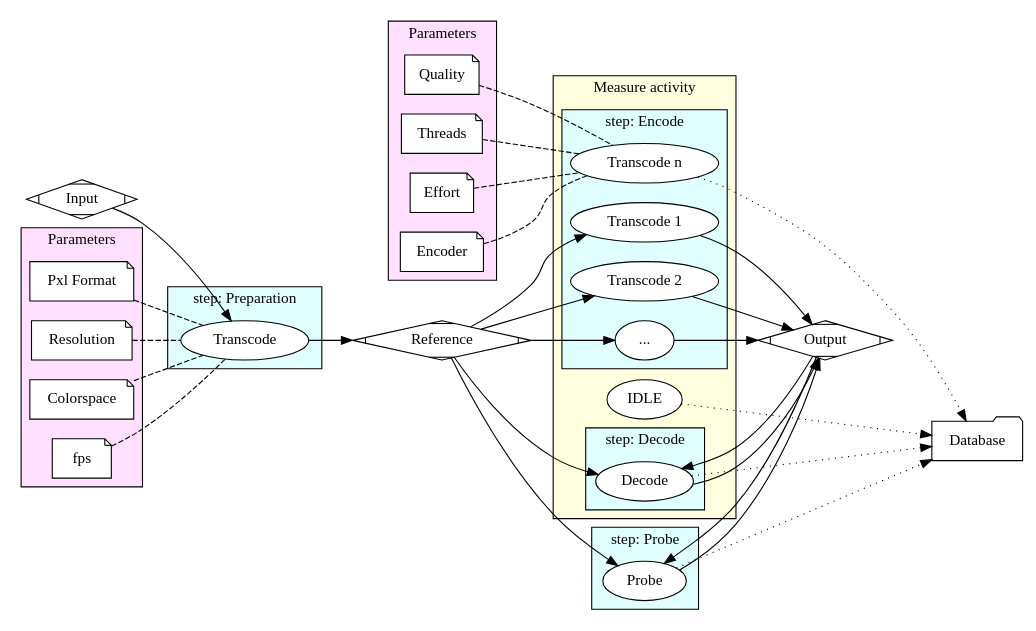
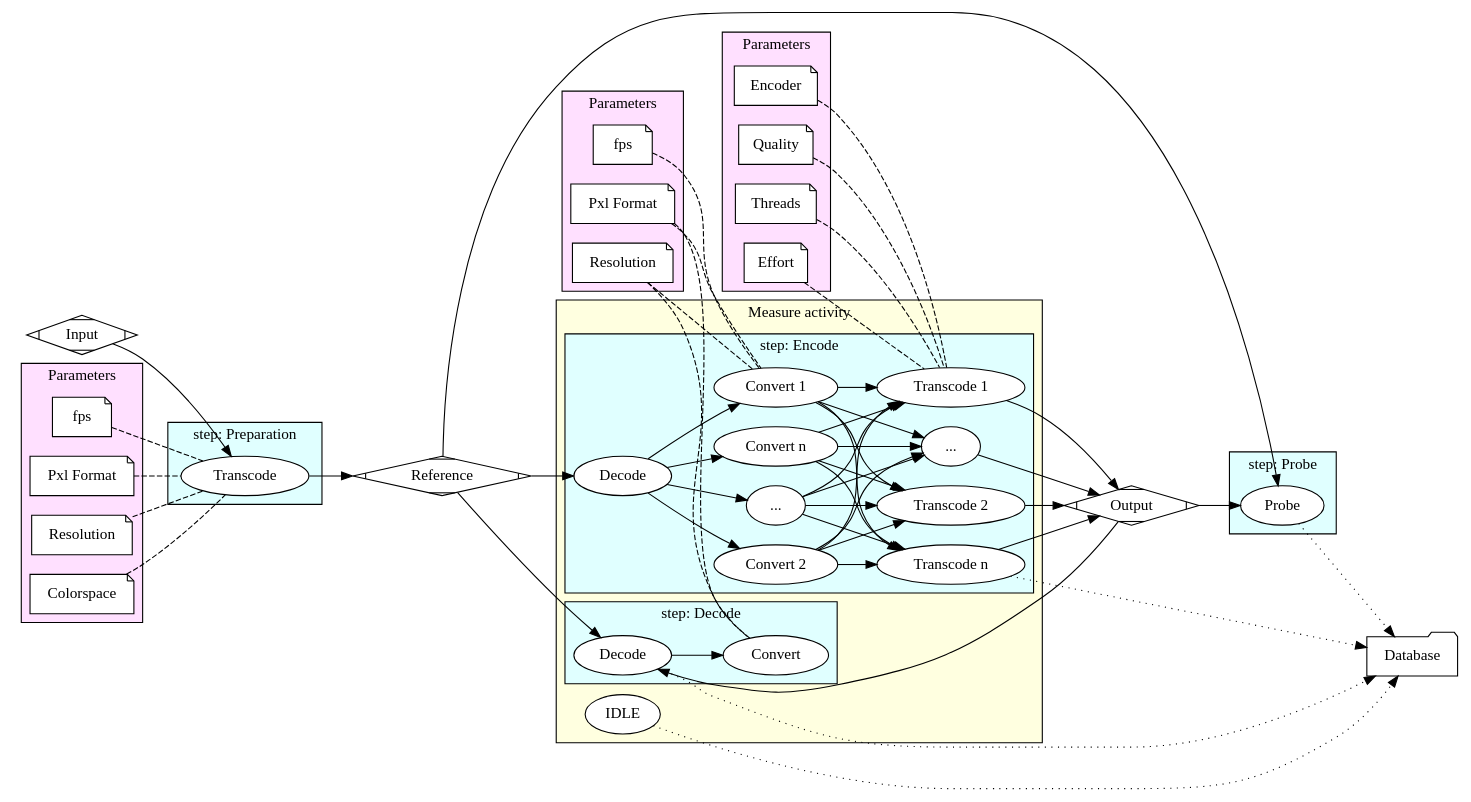
One commit to robinechuca/mendevi changed the diagram in docs/images/pipeline.dot. Above: the diagram before and after it, drawn with Graphviz. The commit also changed 7 other files, not shown here.

```diff
--- a/docs/images/pipeline.dot
+++ b/docs/images/pipeline.dot
@@ -1,93 +1,123 @@
 # dot -Tsvg pipeline.dot > pipeline.svg
 digraph pipeline {
     rankdir=LR
 
     # data
     src [label="Input", shape=Mdiamond, style=filled, fillcolor=white]
     ref [label="Reference", shape=Mdiamond, style=filled, fillcolor=white]
     dst [label="Output", shape=Mdiamond, style=filled, fillcolor=white]
 
     # parameters
-    colorspace [label="Colorspace", shape=note, style=filled, fillcolor=white]
-    fps [label="fps", shape=note, style=filled, fillcolor=white]
-    pxl [label="Pxl Format", shape=note, style=filled, fillcolor=white]
-    resol [label="Resolution", shape=note, style=filled, fillcolor=white]
+    p_colorspace [label="Colorspace", shape=note, style=filled, fillcolor=white]
+    p_fps [label="fps", shape=note, style=filled, fillcolor=white]
+    p_pxl [label="Pxl Format", shape=note, style=filled, fillcolor=white]
+    p_resol [label="Resolution", shape=note, style=filled, fillcolor=white]
+
+    c_fps [label="fps", shape=note, style=filled, fillcolor=white]
+    c_pxl [label="Pxl Format", shape=note, style=filled, fillcolor=white]
+    c_resol [label="Resolution", shape=note, style=filled, fillcolor=white]
 
     effort [label="Effort", shape=note, style=filled, fillcolor=white]
     encoder [label="Encoder", shape=note, style=filled, fillcolor=white]
     quality [label="Quality", shape=note, style=filled, fillcolor=white]
     threads [label="Threads", shape=note, style=filled, fillcolor=white]
 
     database [label="Database", shape=folder, style=filled, fillcolor=white]
 
     # process
     prepare [label="Transcode", style=filled, fillcolor=white]
+    t_dec [label="Decode", style=filled, fillcolor=white]
+    t_conv1 [label="Convert 1", style=filled, fillcolor=white]
+    t_conv2 [label="Convert 2", style=filled, fillcolor=white]
+    t_convi [label="...", style=filled, fillcolor=white]
+    t_convn [label="Convert n", style=filled, fillcolor=white]
     trans1 [label="Transcode 1", style=filled, fillcolor=white]
     trans2 [label="Transcode 2", style=filled, fillcolor=white]
     transi [label="...", style=filled, fillcolor=white]
     transn [label="Transcode n", style=filled, fillcolor=white]
     decode [label="Decode", style=filled, fillcolor=white]
+    convert [label="Convert", style=filled, fillcolor=white]
     probe [label="Probe", style=filled, fillcolor=white]
     idle [label="IDLE", style=filled, fillcolor=white]
 
     # blocs
     subgraph clus_prepare {
         cluster=true
         label="step: Preparation"
         bgcolor="#e0ffff"
         prepare
     }
     subgraph clus_energy {
         cluster=true
         label="Measure activity"
         bgcolor="#ffffe0"
         subgraph clus_encode {
             cluster=true
             label="step: Encode"
             bgcolor="#e0ffff"
+            t_dec
+            t_conv1
+            t_conv2
+            t_convi
+            t_convn
             trans1
             trans2
             transi
             transn
         }
         subgraph clus_decode {
             cluster=true
             label="step: Decode"
             bgcolor="#e0ffff"
             decode
+            convert
         }
         idle
     }
     subgraph clus_probe {
         cluster=true
         label="step: Probe"
         bgcolor="#e0ffff"
         probe
     }
 
     # parameters blocs
     subgraph clus_param_prepare {
         cluster=true
         label="Parameters"
         bgcolor="#ffe0ff"
-        colorspace
-        fps
-        pxl
-        resol
+        p_colorspace
+        p_fps
+        p_pxl
+        p_resol
+    }
+    subgraph clus_param_convert {
+        cluster=true
+        label="Parameters"
+        bgcolor="#ffe0ff"
+        c_fps
+        c_pxl
+        c_resol
     }
     subgraph clus_param_encode {
         cluster=true
         label="Parameters"
         bgcolor="#ffe0ff"
         effort
         encoder
         quality
         threads
     }
 
     # pipeline
-    src -> prepare -> ref -> {decode, probe, trans1, trans2, transi, transi} -> dst -> {decode, probe}
-    {colorspace, fps, pxl, resol} -> prepare [arrowhead=none, style=dashed]
-    {effort, encoder, quality, threads} -> transn [arrowhead=none, style=dashed]
-    {idle, transn, decode, probe} -> database [style=dotted, minlen=2]
+    src -> prepare -> ref -> t_dec -> {t_conv1, t_conv2, t_convi, t_convn} -> {trans1, trans2, transi, transn} -> dst -> {decode, probe}
+    ref -> {decode, probe}
+    decode -> convert
+    {idle, transn, decode, probe} -> database [style=dotted] # minlen=2
+
+    # arguments
+    {p_colorspace, p_fps, p_pxl, p_resol} -> prepare [arrowhead=none, style=dashed]
+    {c_fps, c_pxl, c_resol} -> t_conv1 [arrowhead=none, style=dashed]
+    {c_pxl, c_resol} -> convert [arrowhead=none, style=dashed]
+    {effort, encoder, quality, threads} -> trans1 [arrowhead=none, style=dashed]
 }
```
